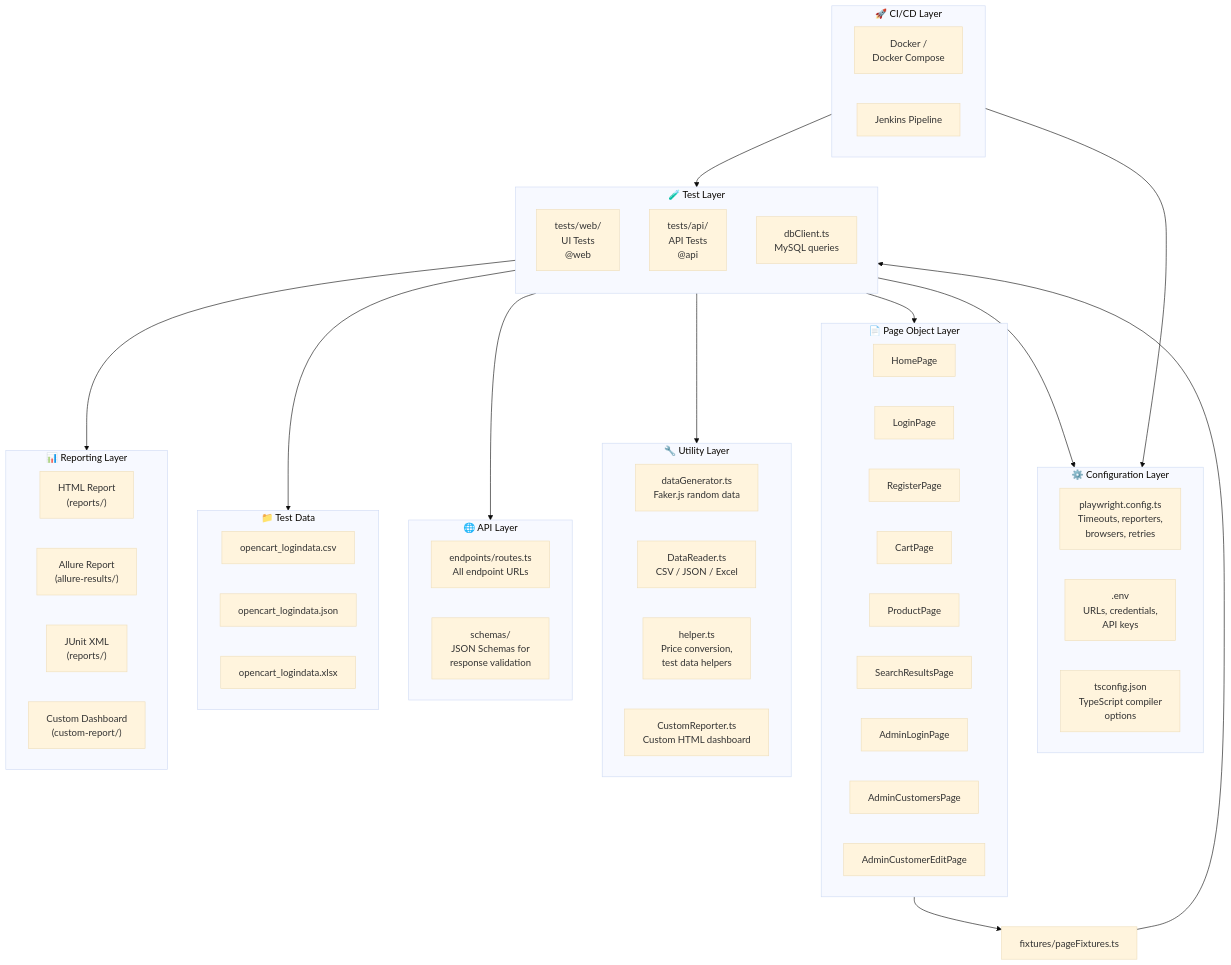
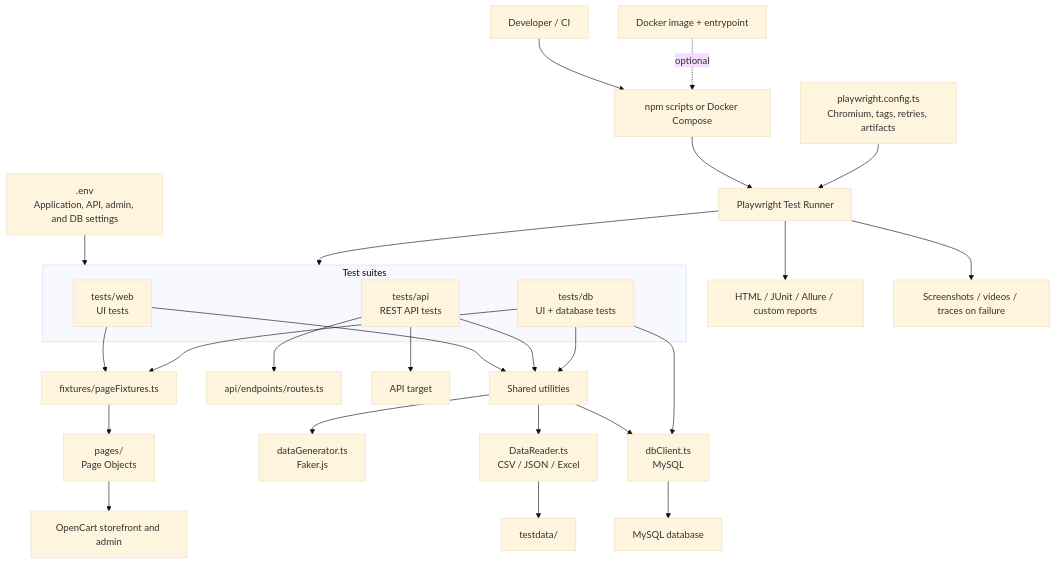
One commit to CharuDattPimple/OpenCart_Playwright_AI_Mark1 changed the first of 5 diagrams in README.md. Above: the diagram before and after it, drawn with Mermaid (base theme). The commit also changed other lines of this file, not shown here.

Commit message:
readme file architecture diagram updated

````diff
--- a/README.md
+++ b/README.md
@@ -73,70 +96,37 @@
 ```mermaid
-flowchart TB
-    subgraph Config["⚙️ Configuration Layer"]
-        direction LR
-        PC["playwright.config.ts<br/>Timeouts, reporters,<br/>browsers, retries"]
-        ENV[".env<br/>URLs, credentials,<br/>API keys"]
-        TS["tsconfig.json<br/>TypeScript compiler<br/>options"]
+flowchart TD
+    RUN["Developer / CI"] --> EXEC["npm scripts or Docker Compose"]
+    EXEC --> RUNNER["Playwright Test Runner"]
+    DOCKER["Docker image + entrypoint"] -. optional .-> EXEC
+
+    CONFIG["playwright.config.ts<br/>Chromium, tags, retries, artifacts"] --> RUNNER
+    ENV[".env<br/>Application, API, admin, and DB settings"] --> TESTS
+
+    RUNNER --> TESTS
+    subgraph TESTS["Test suites"]
+        WEB["tests/web<br/>UI tests"]
+        API["tests/api<br/>REST API tests"]
+        DBTEST["tests/db<br/>UI + database tests"]
     end
 
-    subgraph Tests["🧪 Test Layer"]
-        direction TB
-        WEB["tests/web/<br/>UI Tests<br/>@web"]
-        API["tests/api/<br/>API Tests<br/>@api"]
-        DB["tests/db/<br/>DB Tests<br/>@db"]
-    end
+    WEB --> FIXTURES["fixtures/pageFixtures.ts"]
+    DBTEST --> FIXTURES
+    FIXTURES --> PAGES["pages/<br/>Page Objects"]
+    PAGES --> STORE["OpenCart storefront and admin"]
 
-    subgraph POM["📄 Page Object Layer"]
-        HP["HomePage"]
-        LP["LoginPage"]
-        RP["RegisterPage"]
-        CP["CartPage"]
-        PP["ProductPage"]
-        SP["SearchResultsPage"]
-        AP["AdminLoginPage"]
-        ACP["AdminCustomersPage"]
-        ACEP["AdminCustomerEditPage"]
-    end
+    API --> ROUTES["api/endpoints/routes.ts"]
+    API --> APITARGET["API target"]
 
-    subgraph Utils["🔧 Utility Layer"]
-        DG["dataGenerator.ts<br/>Faker.js random data"]
-        DR["DataReader.ts<br/>CSV / JSON / Excel"]
-        HLP["helper.ts<br/>Price conversion,<br/>test data helpers"]
-        DB["dbClient.ts<br/>MySQL queries"]
-        CR["CustomReporter.ts<br/>Custom HTML dashboard"]
-    end
+    WEB --> SHARED["Shared utilities"]
+    API --> SHARED
+    DBTEST --> SHARED
+    SHARED --> GENERATOR["dataGenerator.ts<br/>Faker.js"]
+    SHARED --> READER["DataReader.ts<br/>CSV / JSON / Excel"]
+    SHARED --> DBCLIENT["dbClient.ts<br/>MySQL"]
+    READER --> DATA["testdata/"]
+    DBTEST --> DBCLIENT
+    DBCLIENT --> MYSQL["MySQL database"]
 
-    subgraph API_Layer["🌐 API Layer"]
-        ROUTES["endpoints/routes.ts<br/>All endpoint URLs"]
-        SCHEMAS["schemas/<br/>JSON Schemas for<br/>response validation"]
-    end
-
-    subgraph Data["📁 Test Data"]
-        CSV["opencart_logindata.csv"]
-        JSON["opencart_logindata.json"]
-        XLSX["opencart_logindata.xlsx"]
-    end
-
-    subgraph Reports["📊 Reporting Layer"]
-        HTML["HTML Report<br/>(reports/)"]
-        ALLURE["Allure Report<br/>(allure-results/)"]
-        JUNIT["JUnit XML<br/>(reports/)"]
-        CUSTOM["Custom Dashboard<br/>(custom-report/)"]
-    end
-
-    subgraph CI_CD["🚀 CI/CD Layer"]
-        DOCKER["Docker /<br/>Docker Compose"]
-        JENKINS["Jenkins Pipeline"]
-    end
-
-    Tests --> POM
-    Tests --> API_Layer
-    Tests --> Utils
-    Tests --> Data
-    POM --> Fixtures["fixtures/pageFixtures.ts"]
-    Fixtures --> Tests
-    Tests --> Config
-    Tests --> Reports
-    CI_CD --> Config
-    CI_CD --> Tests
+    RUNNER --> REPORTS["HTML / JUnit / Allure / custom reports"]
+    RUNNER --> ARTIFACTS["Screenshots / videos / traces on failure"]
 ```
````
